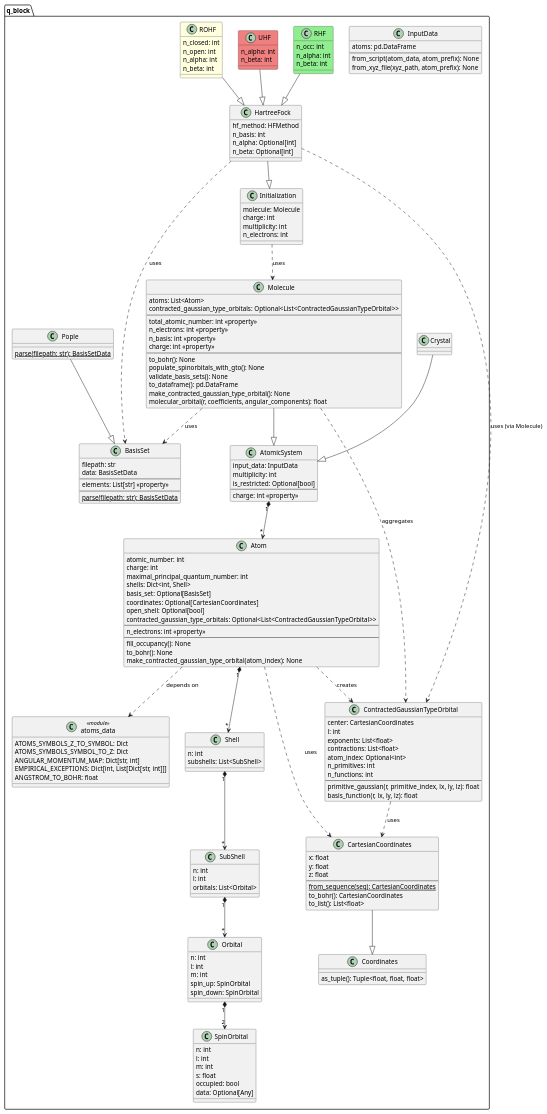
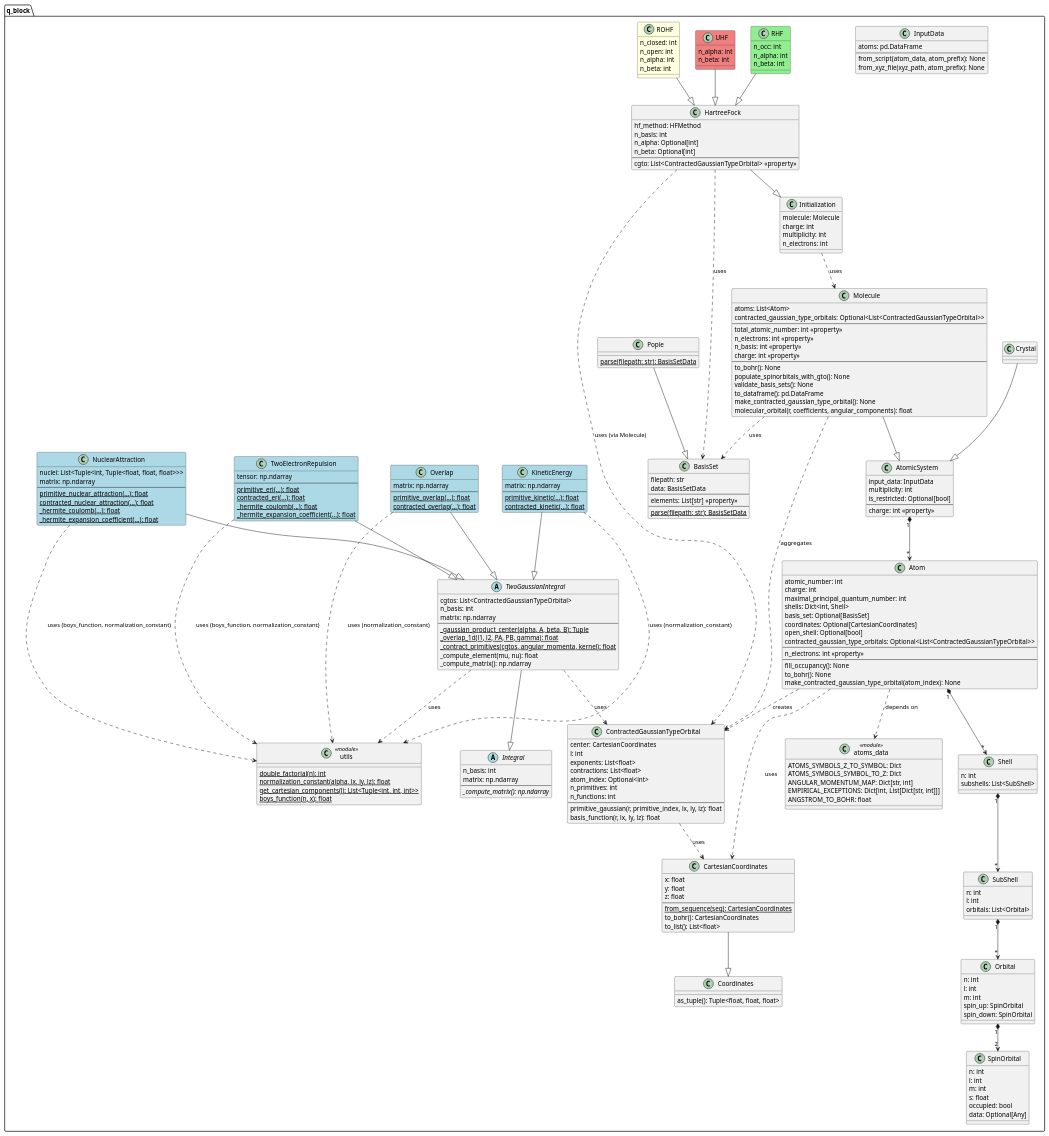
One commit to milosz-martynow/qBlock changed the diagram in architecture/bdd_q_block.puml. Above: the diagram before and after it, drawn with PlantUML. The commit also changed 11 other files, not shown here.

Commit message:
Nuclear repulsion energy calculation added

```diff
--- a/architecture/bdd_q_block.puml
+++ b/architecture/bdd_q_block.puml
@@ -140,6 +140,8 @@
         n_basis: int
         n_alpha: Optional[int]
         n_beta: Optional[int]
+        --
+        cgto: List<ContractedGaussianTypeOrbital> <<property>>
     }
 
     class "RHF" #LightGreen {
@@ -178,6 +180,73 @@
     }
 
     ' ----------------------------------------------------------
+    ' theory.integrals
+    ' ----------------------------------------------------------
+
+    abstract class "Integral" as INT {
+        n_basis: int
+        matrix: np.ndarray
+        --
+        {abstract} _compute_matrix(): np.ndarray
+    }
+
+    abstract class "TwoGaussianIntegral" as TGI {
+        cgtos: List<ContractedGaussianTypeOrbital>
+        n_basis: int
+        matrix: np.ndarray
+        --
+        {static} _gaussian_product_center(alpha, A, beta, B): Tuple
+        {static} _overlap_1d(l1, l2, PA, PB, gamma): float
+        {static} _contract_primitives(cgtos, angular_momenta, kernel): float
+        _compute_element(mu, nu): float
+        _compute_matrix(): np.ndarray
+    }
+
+    class "Overlap" #LightBlue {
+        matrix: np.ndarray
+        --
+        {static} primitive_overlap(...): float
+        {static} contracted_overlap(...): float
+    }
+
+    class "KineticEnergy" #LightBlue {
+        matrix: np.ndarray
+        --
+        {static} primitive_kinetic(...): float
+        {static} contracted_kinetic(...): float
+    }
+
+    class "NuclearAttraction" #LightBlue {
+        nuclei: List<Tuple<int, Tuple<float, float, float>>>
+        matrix: np.ndarray
+        --
+        {static} primitive_nuclear_attraction(...): float
+        {static} contracted_nuclear_attraction(...): float
+        {static} _hermite_coulomb(...): float
+        {static} _hermite_expansion_coefficient(...): float
+    }
+
+    class "TwoElectronRepulsion" #LightBlue {
+        tensor: np.ndarray
+        --
+        {static} primitive_eri(...): float
+        {static} contracted_eri(...): float
+        {static} _hermite_coulomb(...): float
+        {static} _hermite_expansion_coefficient(...): float
+    }
+
+    ' ----------------------------------------------------------
+    ' theory.utils
+    ' ----------------------------------------------------------
+
+    class "utils" as TU <<module>> {
+        {static} double_factorial(n): int
+        {static} normalization_constant(alpha, lx, ly, lz): float
+        {static} get_cartesian_components(l): List<Tuple<int, int, int>>
+        {static} boys_function(n, x): float
+    }
+
+    ' ----------------------------------------------------------
     ' constants
     ' ----------------------------------------------------------
 
@@ -201,6 +270,11 @@
     RHF                  --|> HartreeFock
     UHF                  --|> HartreeFock
     ROHF                 --|> HartreeFock
+    TGI                  --|> INT
+    Overlap              --|> TGI
+    KineticEnergy        --|> TGI
+    NuclearAttraction    --|> TGI
+    TwoElectronRepulsion --|> TGI
 }
 
 ' ----------------------------------------------------------
@@ -223,4 +297,12 @@
 "HartreeFock"    ..> CGTO : uses (via Molecule)
 CGTO             ..> "CartesianCoordinates" : uses
 
+' Integral class dependencies
+TGI              ..> CGTO : uses
+TGI              ..> TU   : uses
+Overlap          ..> TU   : uses (normalization_constant)
+KineticEnergy    ..> TU   : uses (normalization_constant)
+NuclearAttraction ..> TU  : uses (boys_function, normalization_constant)
+TwoElectronRepulsion ..> TU : uses (boys_function, normalization_constant)
+
 @enduml
```
